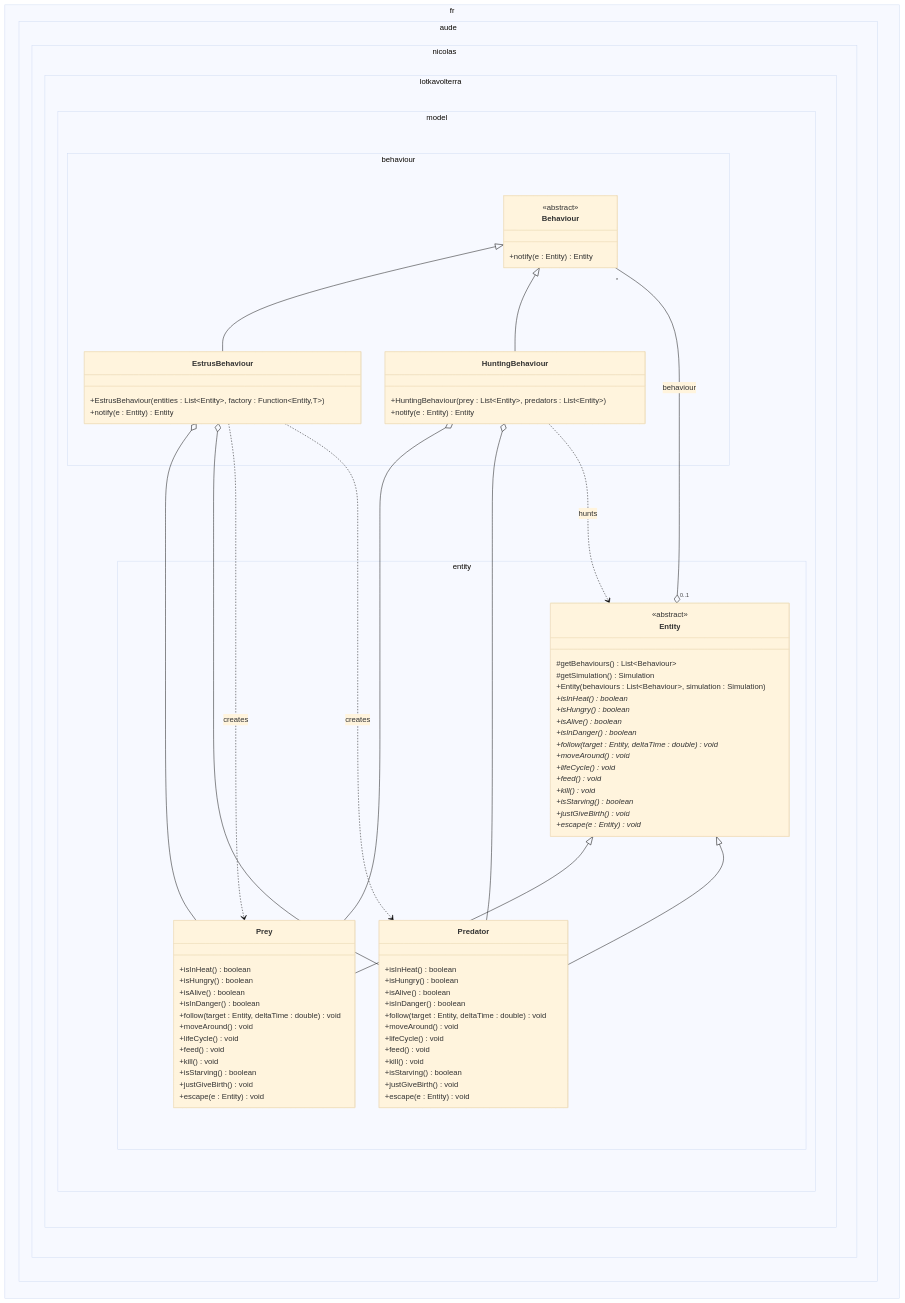
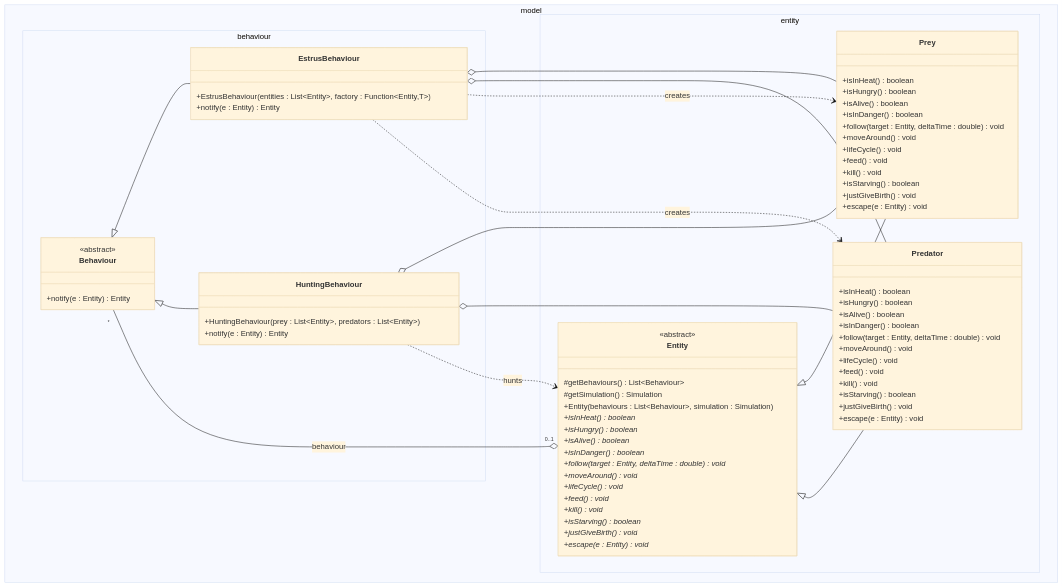
One commit to Nicolas-Aude/Lotka-Volterra-Model changed the diagram in README.md. Above: the diagram before and after it, drawn with Mermaid (base theme).

Commit message:
minor:change README.md package to model

````diff
--- a/README.md
+++ b/README.md
@@ -1,7 +1,7 @@
 ```mermaid
 classDiagram
     direction TB
-    namespace fr.aude.nicolas.lotkavolterra.model {
+    namespace model {
     namespace behaviour {
         class Behaviour {
             <<abstract>>
````
